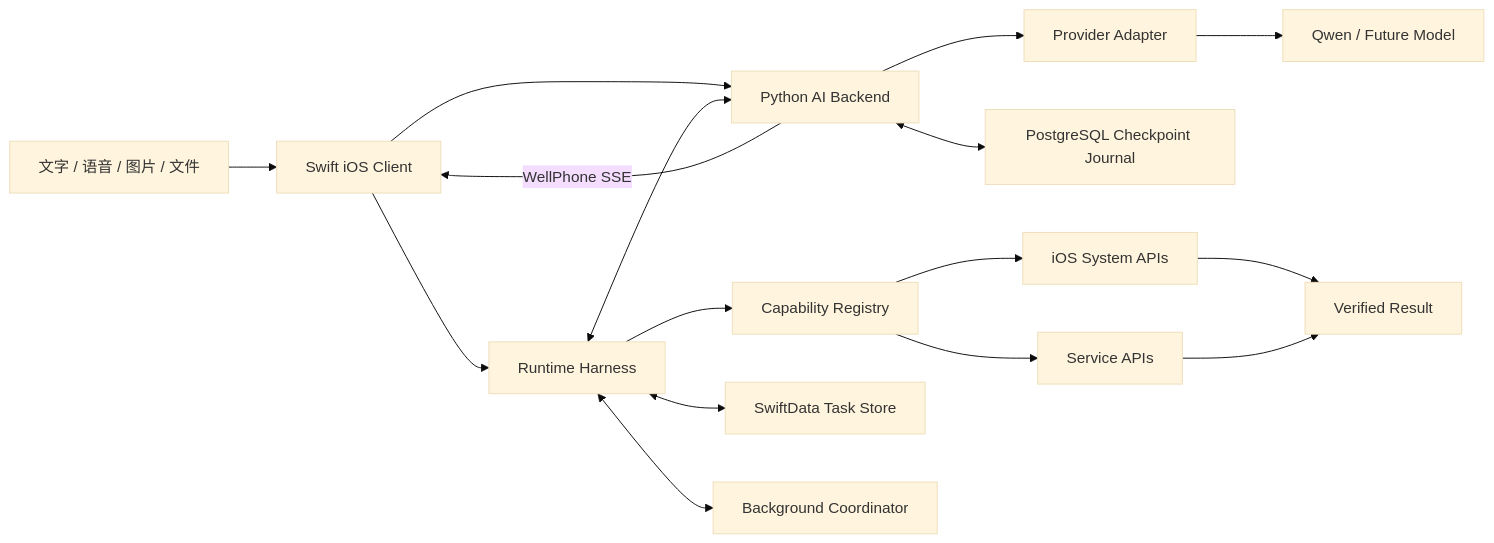
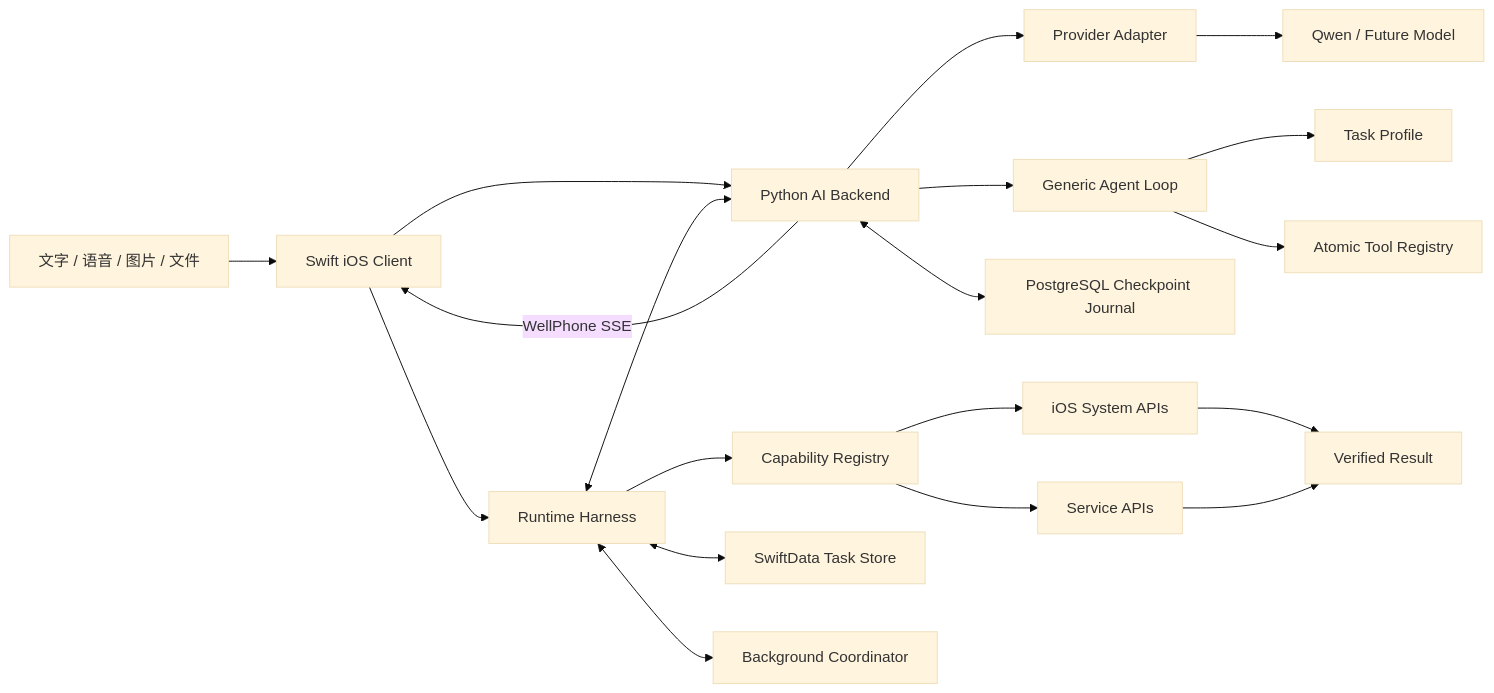
The diagram in README.md (Kirin-Hunter-Nan/wellphone), drawn with Mermaid (base theme) before and after one commit. The commit also changed other lines of this file and 6 other files, not shown here.

First line of the commit message:
refactor: run long tasks through a generic agent loop

````diff
--- a/README.md
+++ b/README.md
@@ -17,18 +17,21 @@
 ```mermaid
 flowchart LR
     A["文字 / 语音 / 图片 / 文件"] --> B["Swift iOS Client"]
     B --> C["Python AI Backend"]
     C --> D["Provider Adapter"]
     D --> E["Qwen / Future Model"]
+    C --> N["Generic Agent Loop"]
+    N --> O["Task Profile"]
+    N --> P["Atomic Tool Registry"]
     C -->|"WellPhone SSE"| B
     B --> F["Runtime Harness"]
     F --> G["Capability Registry"]
     F <--> H["SwiftData Task Store"]
     F <--> C
     C <--> M["PostgreSQL Checkpoint Journal"]
     F <--> I["Background Coordinator"]
     G --> J["iOS System APIs"]
     G --> K["Service APIs"]
     J --> L["Verified Result"]
     K --> L
 ```
````
